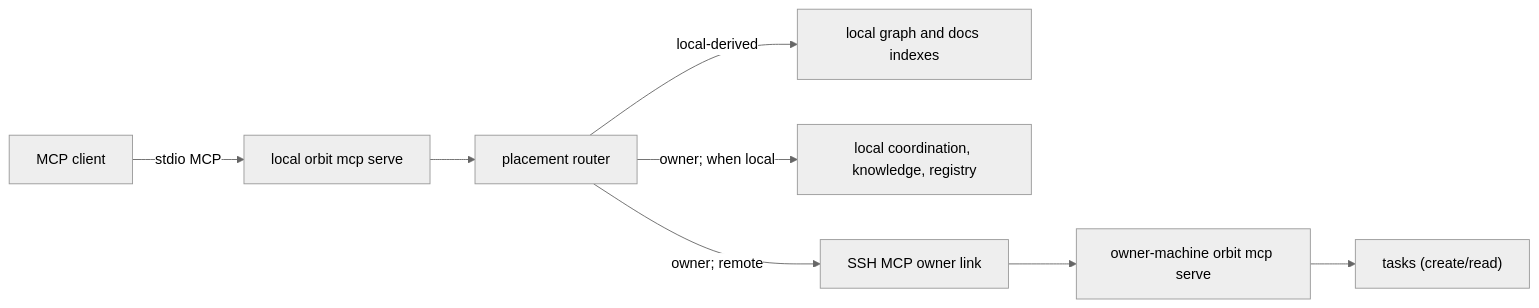
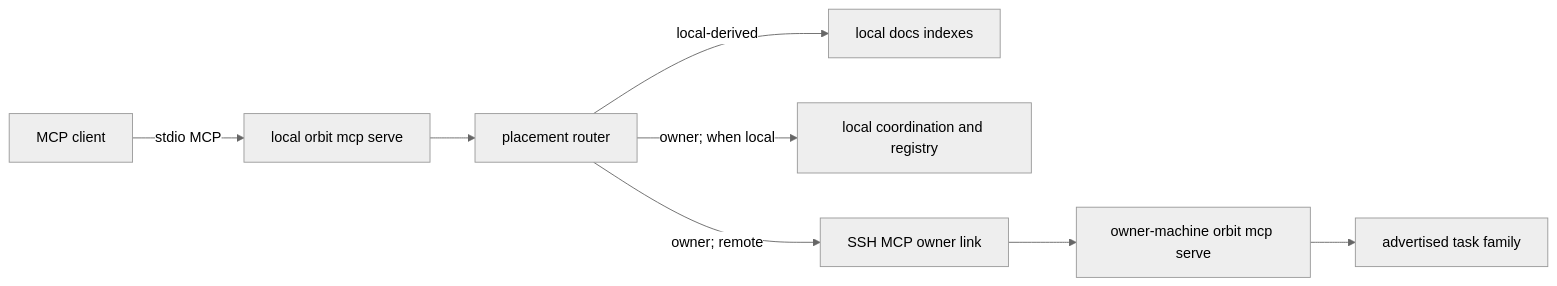
One commit to danieljhkim/orbit changed the first of 2 diagrams in docs/design/mcp-bridge/2_design.md. Above: the diagram before and after it, drawn with Mermaid (neutral theme). The commit also changed other lines of this file and 9 other files, not shown here.

````diff
--- a/docs/design/mcp-bridge/2_design.md
+++ b/docs/design/mcp-bridge/2_design.md
@@ -151,10 +150,10 @@
 ```mermaid
 flowchart LR
     Client["MCP client"] -->|"stdio MCP"| Broker["local orbit mcp serve"]
     Broker --> Router["placement router"]
-    Router -->|"local-derived"| Derived["local graph and docs indexes"]
-    Router -->|"owner; when local"| Local["local coordination, knowledge, registry"]
+    Router -->|"local-derived"| Derived["local docs indexes"]
+    Router -->|"owner; when local"| Local["local coordination and registry"]
     Router -->|"owner; remote"| OwnerLink["SSH MCP owner link"]
     OwnerLink --> OwnerMcp["owner-machine orbit mcp serve"]
-    OwnerMcp --> Coordination["tasks (create/read)"]
+    OwnerMcp --> Coordination["advertised task family"]
 ```
````
